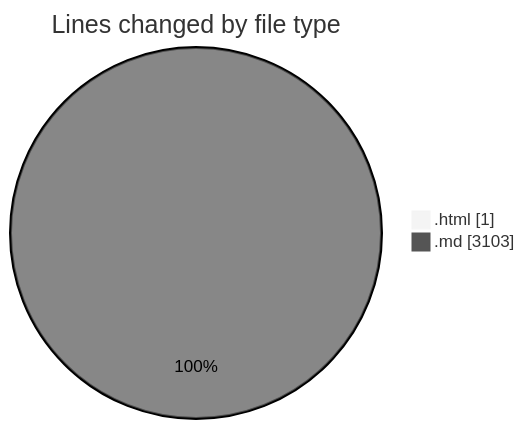
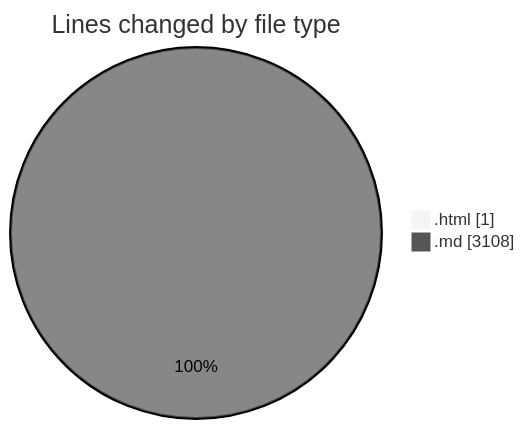
Before and after one commit to Ritupan-Deka/code-tracking: the first of 2 diagrams in 2025-07-08/urlwebwala_intership_work/README.md, drawn with Mermaid (neutral theme). The commit also changed other lines of this file and 1 other file, not shown here.

````diff
--- a/2025-07-08/urlwebwala_intership_work/README.md
+++ b/2025-07-08/urlwebwala_intership_work/README.md
@@ -21,6 +21,6 @@
 ```mermaid
 pie showData
 title Lines changed by file type
 ".html" : 1
-".md" : 3103
+".md" : 3108
 ```
````
